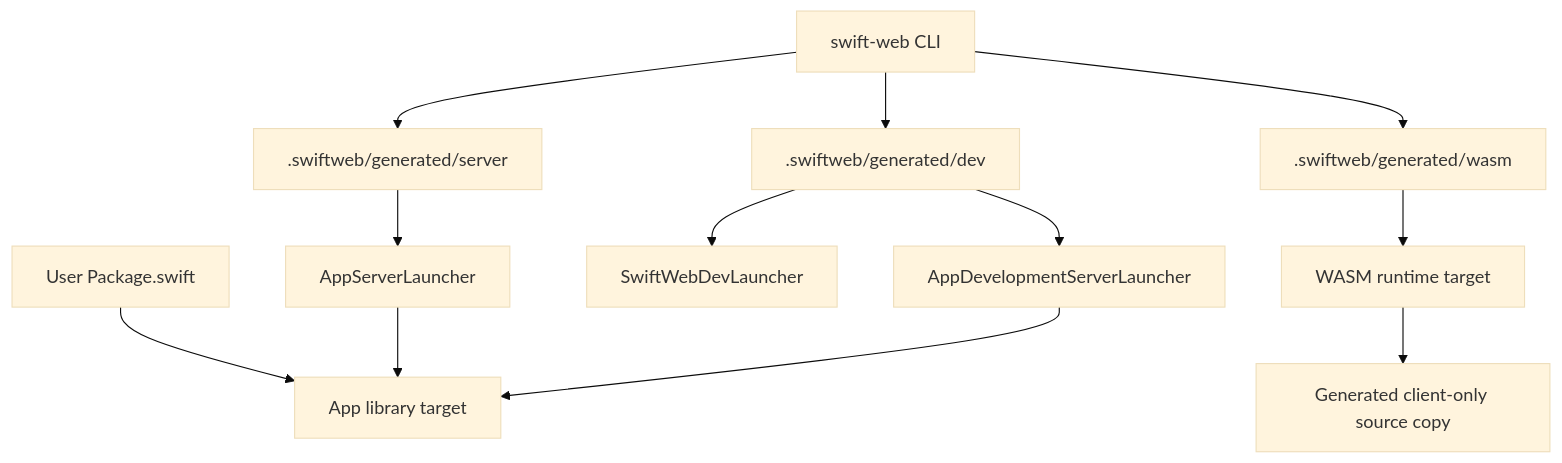
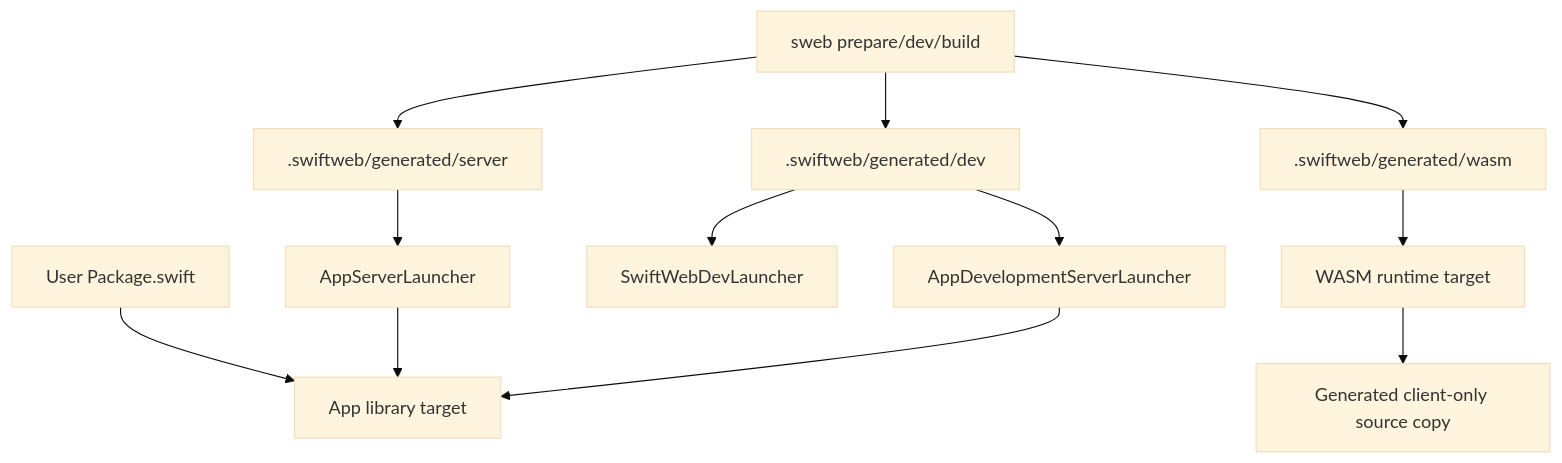
The third of 9 diagrams in Sources/SwiftWebCLI/README.md (1amageek/swift-web), drawn with Mermaid (base theme) before and after one commit. The commit also changed other lines of this file and 24 other files, not shown here.

Commit message:
Rename CLI to sweb and update dev workflow

````diff
--- a/Sources/SwiftWebCLI/README.md
+++ b/Sources/SwiftWebCLI/README.md
@@ -39,14 +60,14 @@
 ```mermaid
 flowchart TD
   A["User Package.swift"] --> B["App library target"]
-  C["swift-web CLI"] --> D[".swiftweb/generated/server"]
+  C["sweb prepare/dev/build"] --> D[".swiftweb/generated/server"]
   C --> E[".swiftweb/generated/dev"]
   C --> F[".swiftweb/generated/wasm"]
   D --> G["AppServerLauncher"]
   E --> H["SwiftWebDevLauncher"]
   E --> I["AppDevelopmentServerLauncher"]
   F --> J["WASM runtime target"]
   G --> B
   I --> B
   J --> K["Generated client-only source copy"]
 ```
````
